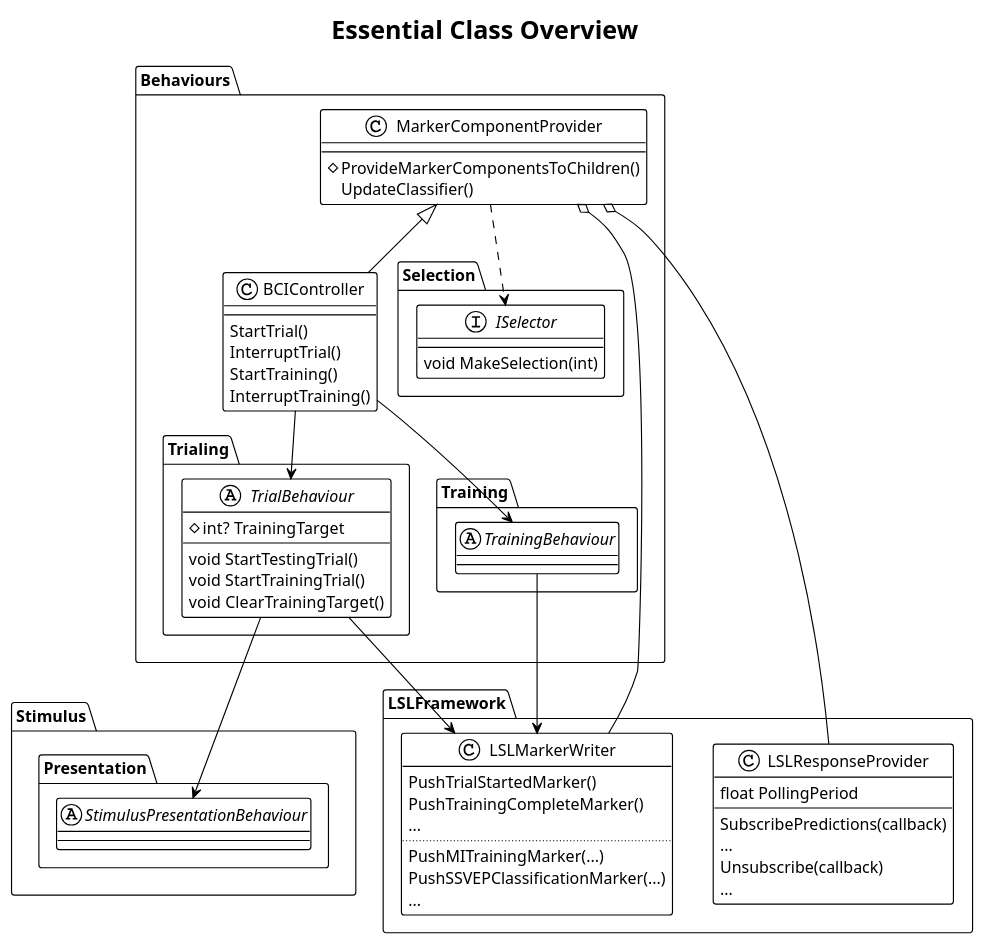
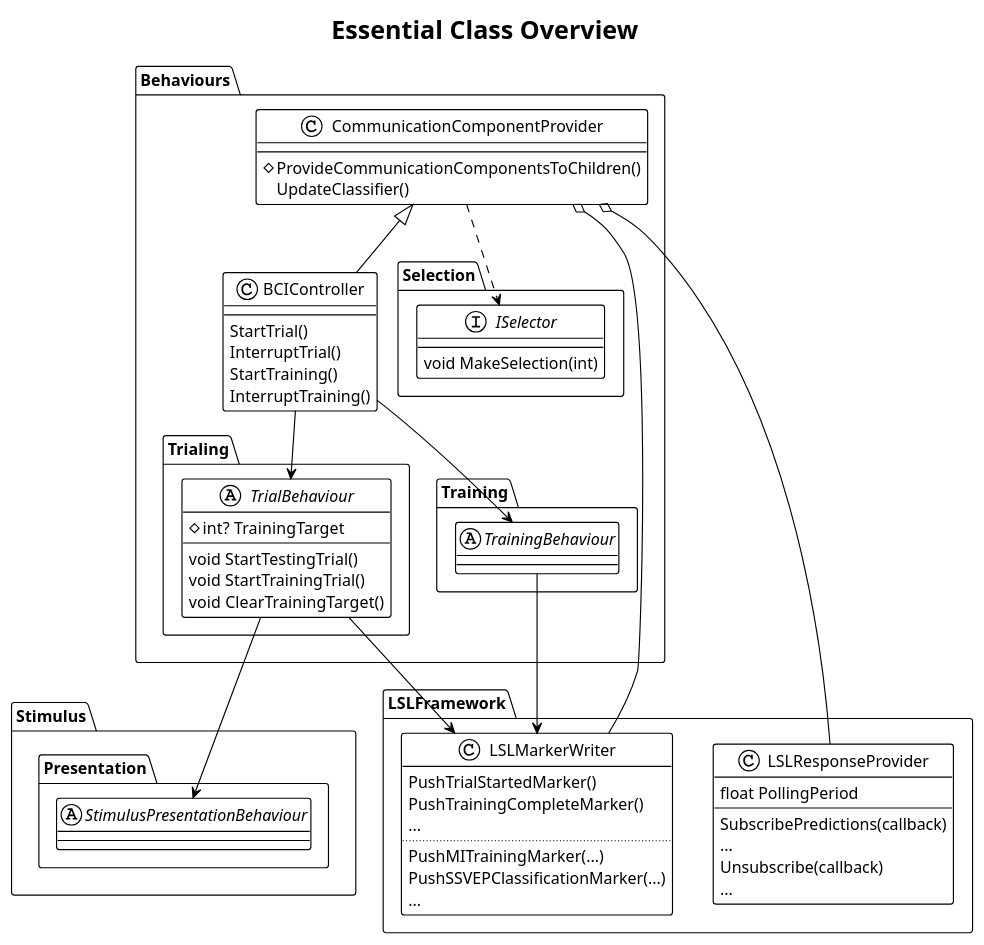
Before and after one commit to BCI-Games/bessy-docs: the diagram in diagrams/overview.plantuml, drawn with PlantUML. The commit also changed 1 other file, not shown here.

Commit message:
Updated naming of component provider class

```diff
--- a/diagrams/overview.plantuml
+++ b/diagrams/overview.plantuml
@@ -1,74 +1,74 @@
 @startuml overview
 !theme plain
 title
 Essential Class Overview
 end title
 
 namespace Behaviours {
-    class BCIController extends MarkerComponentProvider {
+    class BCIController extends CommunicationComponentProvider {
         StartTrial()
         InterruptTrial()
         StartTraining()
         InterruptTraining()
     }
 
-    class MarkerComponentProvider {
-        # ProvideMarkerComponentsToChildren()
+    class CommunicationComponentProvider {
+        # ProvideCommunicationComponentsToChildren()
         UpdateClassifier()
     }
 
     namespace Trialing {
         abstract TrialBehaviour {
             # int? TrainingTarget
             void StartTestingTrial()
             void StartTrainingTrial()
             void ClearTrainingTarget()
         }
     }
 
     namespace Training {
         abstract TrainingBehaviour
     }
 
     BCIController --> TrialBehaviour
     BCIController --> TrainingBehaviour
 
     namespace Selection {
         interface ISelector {
             void MakeSelection(int)
         }
     }
-    MarkerComponentProvider ..> ISelector
+    CommunicationComponentProvider ..> ISelector
 }
 
 namespace LSLFramework {
     class LSLMarkerWriter {
         PushTrialStartedMarker()
         PushTrainingCompleteMarker()
         ...
         ..
         PushMITrainingMarker(...)
         PushSSVEPClassificationMarker(...)
         ...
     }
 
     class LSLResponseProvider {
         float PollingPeriod
         --
         SubscribePredictions(callback)
         ...
         Unsubscribe(callback)
         ...
     }
 }
 
-MarkerComponentProvider o-- LSLMarkerWriter
-MarkerComponentProvider o-- LSLResponseProvider
+CommunicationComponentProvider o-- LSLMarkerWriter
+CommunicationComponentProvider o-- LSLResponseProvider
 
 TrialBehaviour --> LSLMarkerWriter
 TrainingBehaviour --> LSLMarkerWriter
 
 abstract Stimulus.Presentation.StimulusPresentationBehaviour
 TrialBehaviour --> StimulusPresentationBehaviour
 
 @enduml
```
